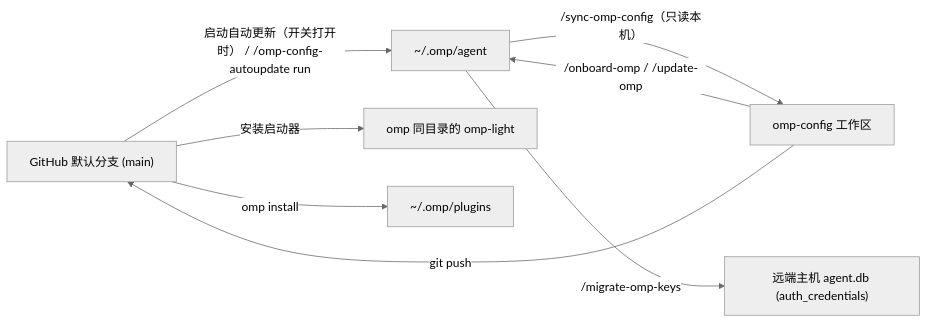
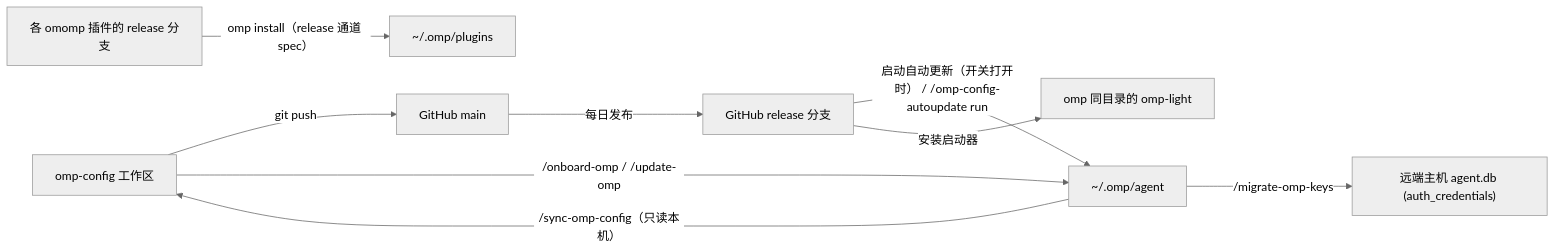
One commit to oh-my-omp/omp-config changed the diagram in docs/operations.zh-CN.md. Above: the diagram before and after it, drawn with Mermaid (neutral theme). The commit also changed other lines of this file and 13 other files, not shown here.

First line of the commit message:
feat: switched startup auto-update and omomp plugin installs to the release channel

````diff
--- a/docs/operations.zh-CN.md
+++ b/docs/operations.zh-CN.md
@@ -5,10 +5,11 @@
 ```mermaid
 flowchart LR
-  gh["GitHub 默认分支 (main)"] -->|"启动自动更新（开关打开时） / /omp-config-autoupdate run"| local["~/.omp/agent"]
-  repo["omp-config 工作区"] -->|"/onboard-omp / /update-omp"| local
+  repo["omp-config 工作区"] -->|"git push"| gh["GitHub main"]
+  gh -->|"每日发布"| rel["GitHub release 分支"]
+  rel -->|"启动自动更新（开关打开时） / /omp-config-autoupdate run"| local["~/.omp/agent"]
+  repo -->|"/onboard-omp / /update-omp"| local
   local -->|"/sync-omp-config（只读本机）"| repo
-  repo -->|"git push"| gh
-  gh -->|"安装启动器"| light["omp 同目录的 omp-light"]
-  gh -->|"omp install"| plugins["~/.omp/plugins"]
+  rel -->|"安装启动器"| light["omp 同目录的 omp-light"]
+  prel["各 omomp 插件的 release 分支"] -->|"omp install（release 通道 spec）"| plugins["~/.omp/plugins"]
   local -->|"/migrate-omp-keys"| remote["远端主机 agent.db (auth_credentials)"]
 ```
````
